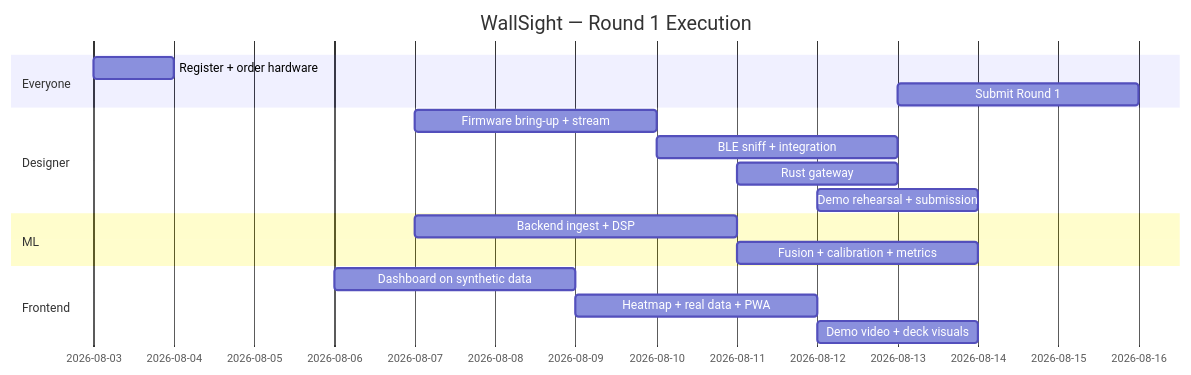
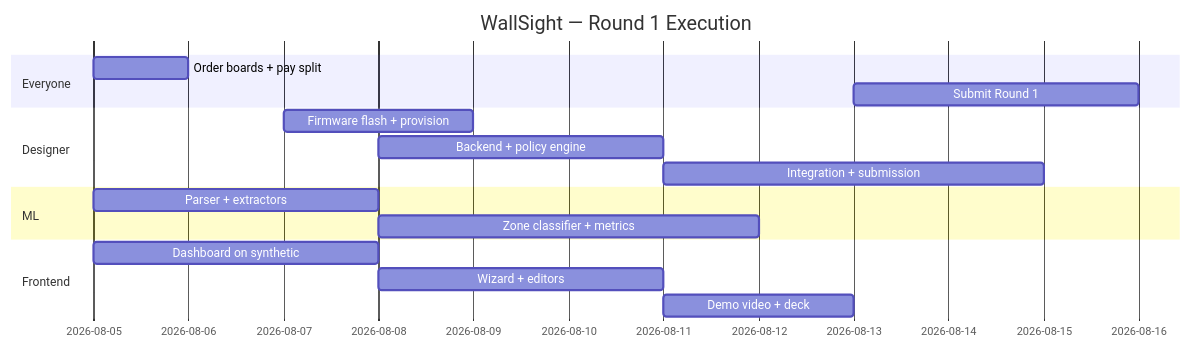
The fifth of 5 diagrams in PROJECT_BRIEF.md (patchyevolve/wallsight), drawn with Mermaid before and after one commit. The commit also changed other lines of this file and 5 other files, not shown here.

````diff
--- a/PROJECT_BRIEF.md
+++ b/PROJECT_BRIEF.md
@@ -457,20 +477,19 @@
 ```mermaid
 gantt
     title WallSight — Round 1 Execution
     dateFormat  YYYY-MM-DD
     section Everyone
-    Register + order hardware   :a1, 2026-08-03, 1d
+    Order boards + pay split     :a1, 2026-08-05, 1d
     Submit Round 1              :a2, 2026-08-13, 3d
     section Designer
-    Firmware bring-up + stream  :b1, 2026-08-07, 3d
-    BLE sniff + integration     :b2, 2026-08-10, 3d
-    Rust gateway                :b3, 2026-08-11, 2d
-    Demo rehearsal + submission :b4, 2026-08-12, 2d
+    Firmware flash + provision  :b1, 2026-08-07, 2d
+    Backend + policy engine     :b2, 2026-08-08, 3d
+    Integration + submission    :b3, 2026-08-11, 4d
     section ML
-    Backend ingest + DSP        :c1, 2026-08-07, 4d
-    Fusion + calibration + metrics :c2, 2026-08-11, 3d
+    Parser + extractors         :c1, 2026-08-05, 3d
+    Zone classifier + metrics   :c2, 2026-08-08, 4d
     section Frontend
-    Dashboard on synthetic data :d1, 2026-08-06, 3d
-    Heatmap + real data + PWA   :d2, 2026-08-09, 3d
-    Demo video + deck visuals   :d3, 2026-08-12, 2d
+    Dashboard on synthetic      :d1, 2026-08-05, 3d
+    Wizard + editors            :d2, 2026-08-08, 3d
+    Demo video + deck           :d3, 2026-08-11, 2d
 ```
````
